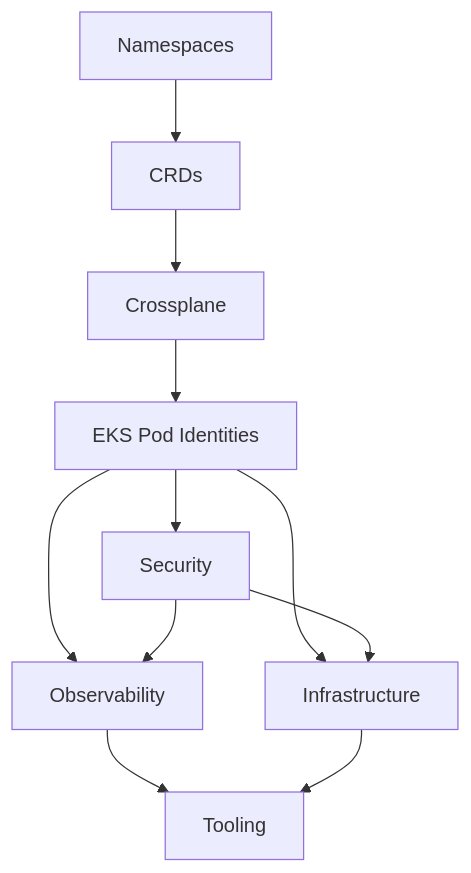
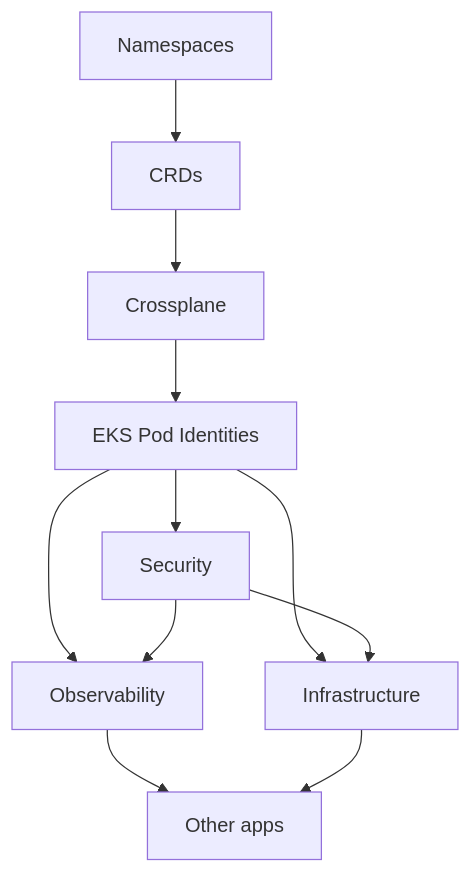
Before and after one commit to Smana/cloud-native-ref: the diagram in README.md, drawn with Mermaid. The commit also changed 37 other files, not shown here.

````diff
--- a/README.md
+++ b/README.md
@@ -36,13 +36,13 @@
 ```mermaid
 graph TD;
     Namespaces-->CRDs;
     CRDs-->Crossplane;
     Crossplane-->EPIs["EKS Pod Identities"];
     EPIs["EKS Pod Identities"]-->Security;
     EPIs["EKS Pod Identities"]-->Infrastructure;
     EPIs["EKS Pod Identities"]-->Observability;
-    Observability-->Tooling;
-    Infrastructure-->Tooling;
+    Observability-->Apps["Other apps"];
+    Infrastructure-->Apps["Other apps"];
     Security-->Infrastructure;
     Security-->Observability
 ```
````
